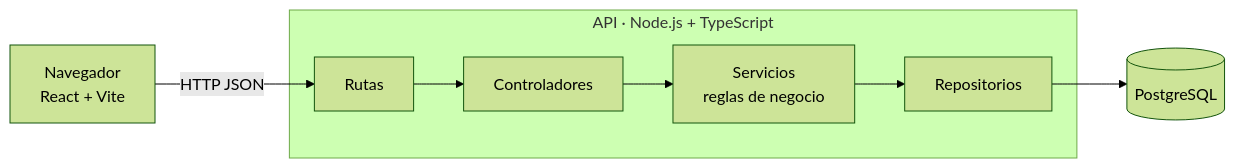
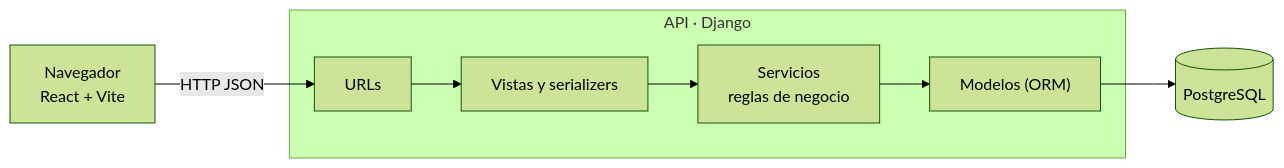
One commit to Snoow22/Cuadra changed the first of 2 diagrams in README.md. Above: the diagram before and after it, drawn with Mermaid (forest theme). The commit also changed other lines of this file and 19 other files, not shown here.

````diff
--- a/README.md
+++ b/README.md
@@ -65,8 +66,8 @@
 ```mermaid
 flowchart LR
-    U["Navegador<br/>React + Vite"] -->|HTTP JSON| R["Rutas"]
-    subgraph API["API · Node.js + TypeScript"]
-        R --> C["Controladores"] --> S["Servicios<br/>reglas de negocio"] --> P["Repositorios"]
+    U["Navegador<br/>React + Vite"] -->|HTTP JSON| R["URLs"]
+    subgraph API["API · Django"]
+        R --> C["Vistas y serializers"] --> S["Servicios<br/>reglas de negocio"] --> P["Modelos (ORM)"]
     end
     P --> D[("PostgreSQL")]
 ```
````
